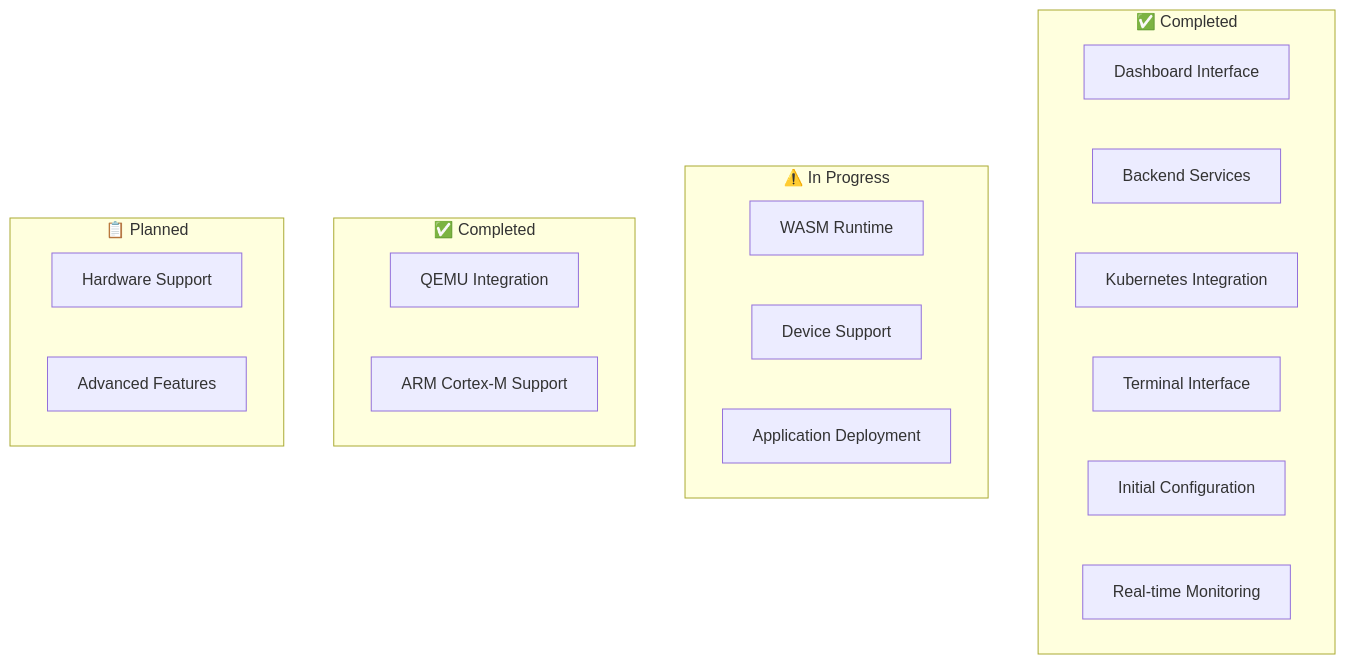
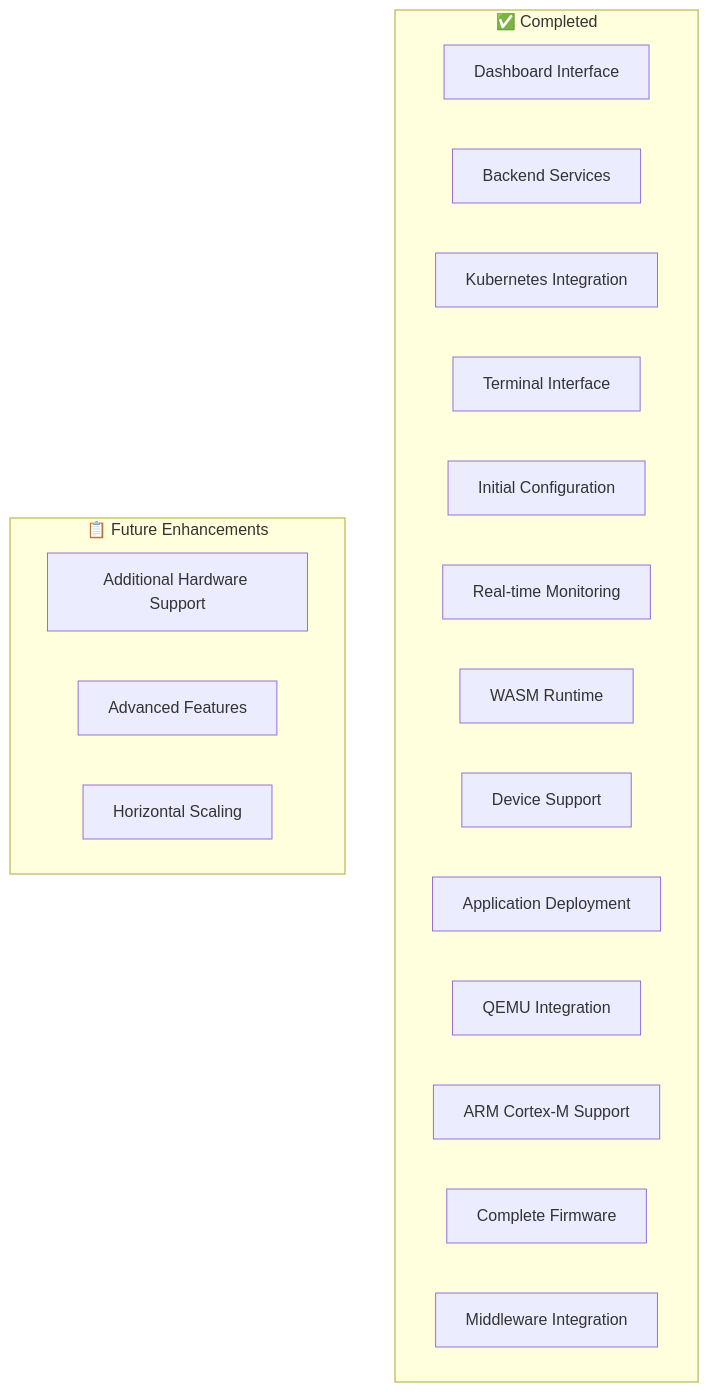
Before and after one commit to lucadagati/retrospect: diagram 11 of 11 in retrospect/README.md, drawn with Mermaid. The commit also changed other lines of this file and 4 other files, not shown here.

````diff
--- a/retrospect/README.md
+++ b/retrospect/README.md
@@ -486,27 +480,24 @@
 ```mermaid
 graph TB
     subgraph "✅ Completed"
         DASH[Dashboard Interface]
         API[Backend Services]
         K8S[Kubernetes Integration]
         TERM[Terminal Interface]
         CONFIG[Initial Configuration]
         MONITOR[Real-time Monitoring]
-    end
-    
-    subgraph "⚠️ In Progress"
         WASM[WASM Runtime]
         DEVICE[Device Support]
         DEPLOY[Application Deployment]
+        QEMU[QEMU Integration]
+        ARM[ARM Cortex-M Support]
+        FIRMWARE[Complete Firmware]
+        MIDDLEWARE[Middleware Integration]
     end
     
-    subgraph "✅ Completed"
-        QEMU[QEMU Integration]
-        ARM[ARM Cortex-M Support]
-    end
-    
-    subgraph "📋 Planned"
-        HARDWARE[Hardware Support]
+    subgraph "📋 Future Enhancements"
+        HARDWARE[Additional Hardware Support]
         ADVANCED[Advanced Features]
+        SCALING[Horizontal Scaling]
     end
 ```
````
